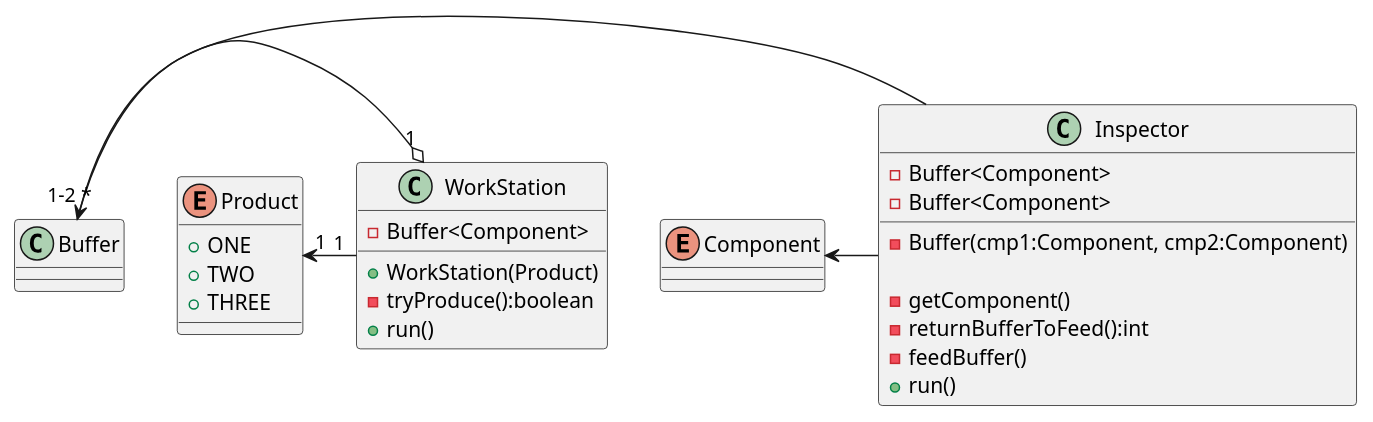
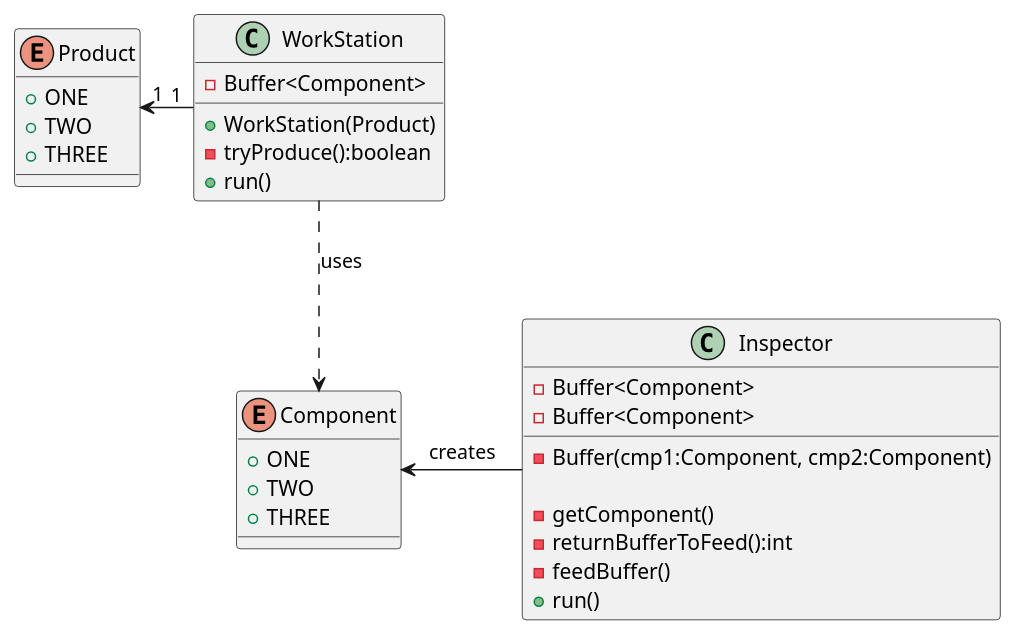
One commit to GabrielCiolac/SYSC-4005-Simulation changed the diagram in ClassDiagram.puml. Above: the diagram before and after it, drawn with PlantUML.

Commit message:
updated class diagram

```diff
--- a/ClassDiagram.puml
+++ b/ClassDiagram.puml
@@ -1,38 +1,41 @@
 @startuml
 
 class WorkStation{
     - Buffer<Component>
 
     + WorkStation(Product)
     - tryProduce():boolean
     + run()
 }
 
 class Inspector{
     -Buffer<Component>
     -Buffer<Component>
 
     - Buffer(cmp1:Component, cmp2:Component)
 
     - getComponent()
     - returnBufferToFeed():int
     - feedBuffer()
     + run()
 
 }
 
-enum Component
+enum Component{
++ONE
++TWO
++THREE
+}
 enum Product{
 +ONE
 +TWO
 +THREE
 }
 
-class Buffer
 
-Buffer "1-2" -o "1" WorkStation
-Buffer "*" <- Inspector
-Component <- Inspector
+
+Component <- Inspector: creates
 Product "1" <- "1" WorkStation
+WorkStation ..> Component: uses
 
 @enduml
```
